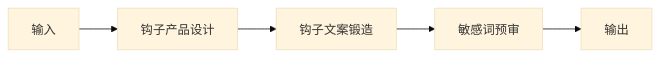
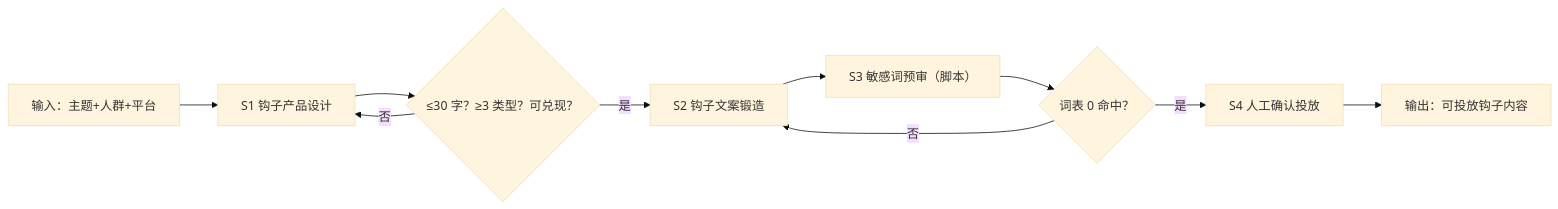
One commit to bangwozuo/funnel-builder-zh changed the diagram in workflows/traffic-hook-content-flow/SKILL.md. Above: the diagram before and after it, drawn with Mermaid (base theme). The commit also changed other lines of this file and 53 other files, not shown here.

````diff
--- a/workflows/traffic-hook-content-flow/SKILL.md
+++ b/workflows/traffic-hook-content-flow/SKILL.md
@@ -28,12 +37,16 @@
 ```mermaid
 flowchart LR
-    IN["输入"]
-    S1["钩子产品设计"]
-    S2["钩子文案锻造"]
-    S3["敏感词预审"]
-    OUT["输出"]
-    IN --> S1
-    S1 --> S2
-    S2 --> S3
-    S3 --> OUT
+    IN["输入：主题+人群+平台"]
+    S1["S1 钩子产品设计"]
+    Q1{"≤30 字？≥3 类型？可兑现？"}
+    S2["S2 钩子文案锻造"]
+    S3["S3 敏感词预审（脚本）"]
+    Q2{"词表 0 命中？"}
+    S4["S4 人工确认投放"]
+    OUT["输出：可投放钩子内容"]
+    IN --> S1 --> Q1
+    Q1 -- 否 --> S1
+    Q1 -- 是 --> S2 --> S3 --> Q2
+    Q2 -- 否 --> S2
+    Q2 -- 是 --> S4 --> OUT
 ```
````
